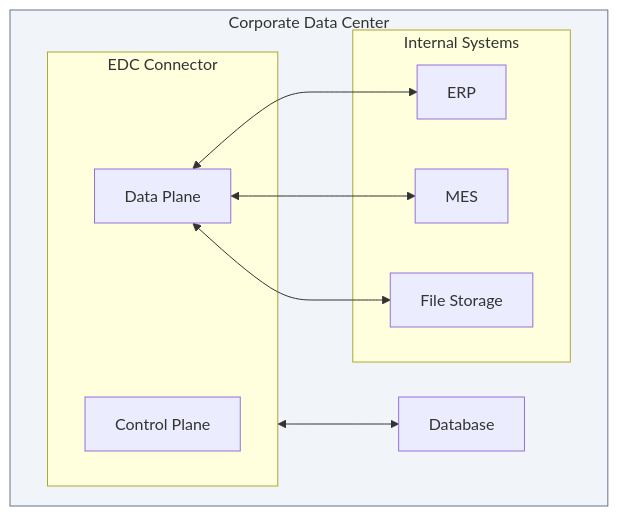
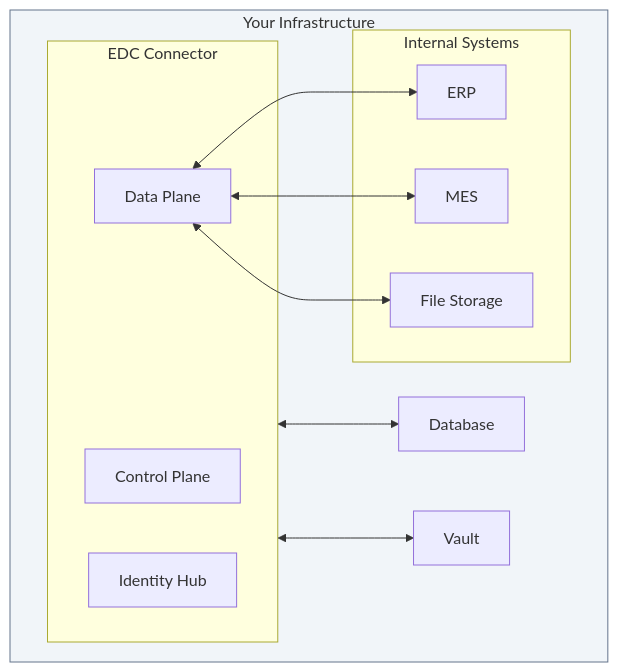
One commit to dataspacebuilder/website changed the first of 4 diagrams in docs/architecture/deployment-topologies.md. Above: the diagram before and after it, drawn with Mermaid. The commit also changed other lines of this file and 17 other files, not shown here.

````diff
--- a/docs/architecture/deployment-topologies.md
+++ b/docs/architecture/deployment-topologies.md
@@ -70,24 +44,27 @@
 ```mermaid
 flowchart TB
-    subgraph dc["Corporate Data Center"]
+    subgraph dc["Your Infrastructure"]
         subgraph connector["EDC Connector"]
             cp["Control Plane"]
             dp["Data Plane"]
+            ih["Identity Hub"]
         end
         
         subgraph sources["Internal Systems"]
             erp["ERP"]
             mes["MES"]
             files["File Storage"]
         end
         
         db["Database"]
+        vault["Vault"]
     end
     
     dp <--> erp
     dp <--> mes
     dp <--> files
     connector <--> db
+    connector <--> vault
     
     style dc fill:#f1f5f9,stroke:#64748b
 ```
````
